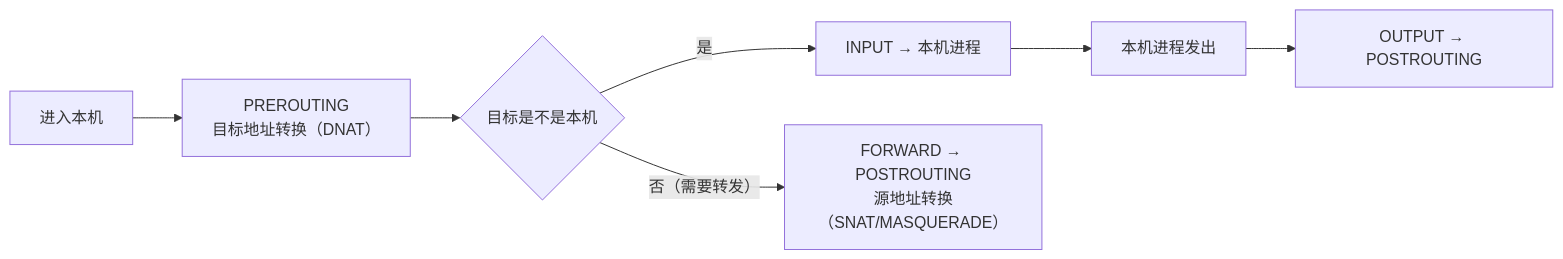
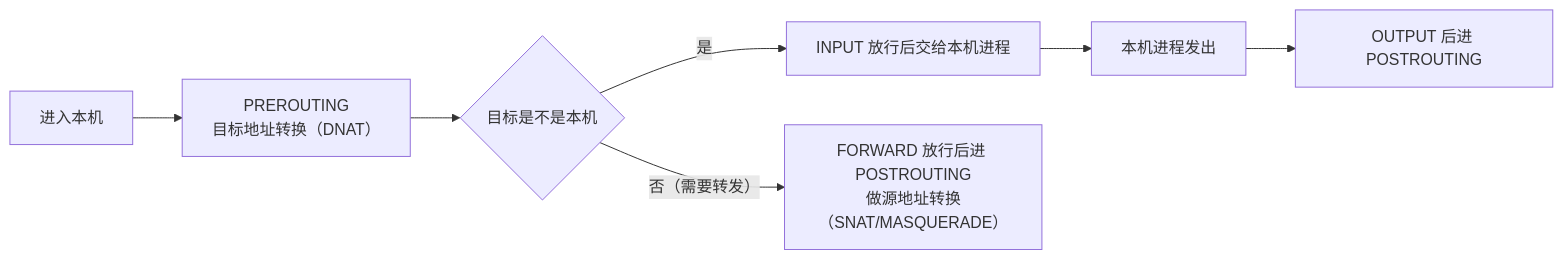
Before and after one commit to realtyz/ops-manual: the diagram in Linux/06_网络协议栈与排障/02_原理_地址子网路由与邻居.md, drawn with Mermaid. The commit also changed other lines of this file and 118 other files, not shown here.

````diff
--- a/Linux/06_网络协议栈与排障/02_原理_地址子网路由与邻居.md
+++ b/Linux/06_网络协议栈与排障/02_原理_地址子网路由与邻居.md
@@ -173,8 +173,8 @@
 ```mermaid
 flowchart LR
   A["进入本机"] --> B["PREROUTING<br/>目标地址转换（DNAT）"]
   B --> C{"目标是不是本机"}
-  C -- "是" --> D["INPUT → 本机进程"]
-  C -- "否（需要转发）" --> E["FORWARD → POSTROUTING<br/>源地址转换（SNAT/MASQUERADE）"]
-  D --> F["本机进程发出"] --> G["OUTPUT → POSTROUTING"]
+  C -- "是" --> D["INPUT 放行后交给本机进程"]
+  C -- "否（需要转发）" --> E["FORWARD 放行后进 POSTROUTING<br/>做源地址转换（SNAT/MASQUERADE）"]
+  D --> F["本机进程发出"] --> G["OUTPUT 后进 POSTROUTING"]
 ```
````
